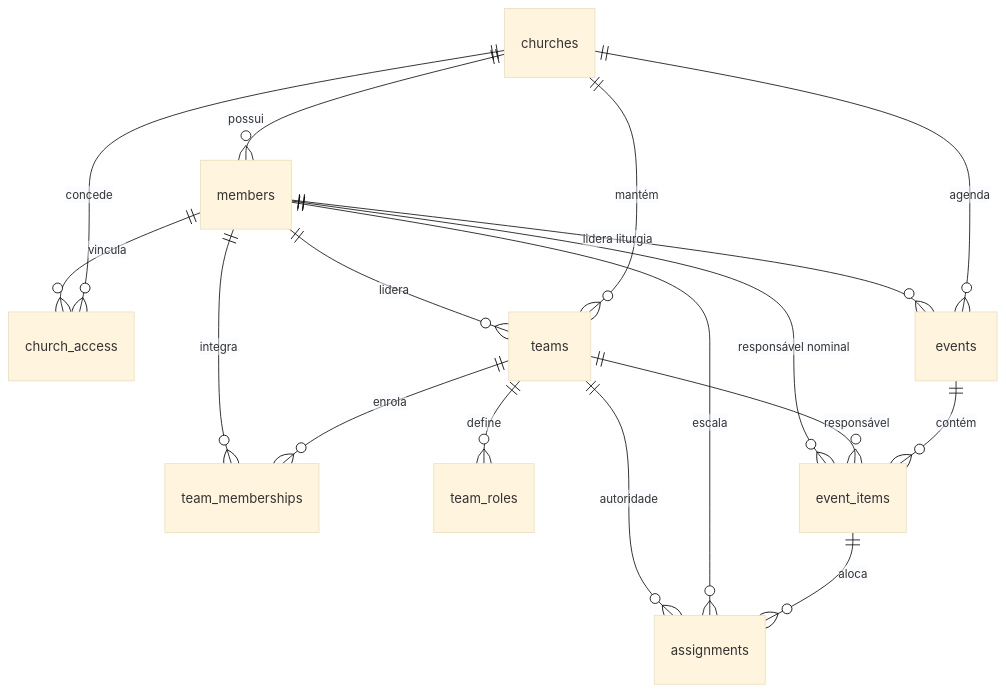
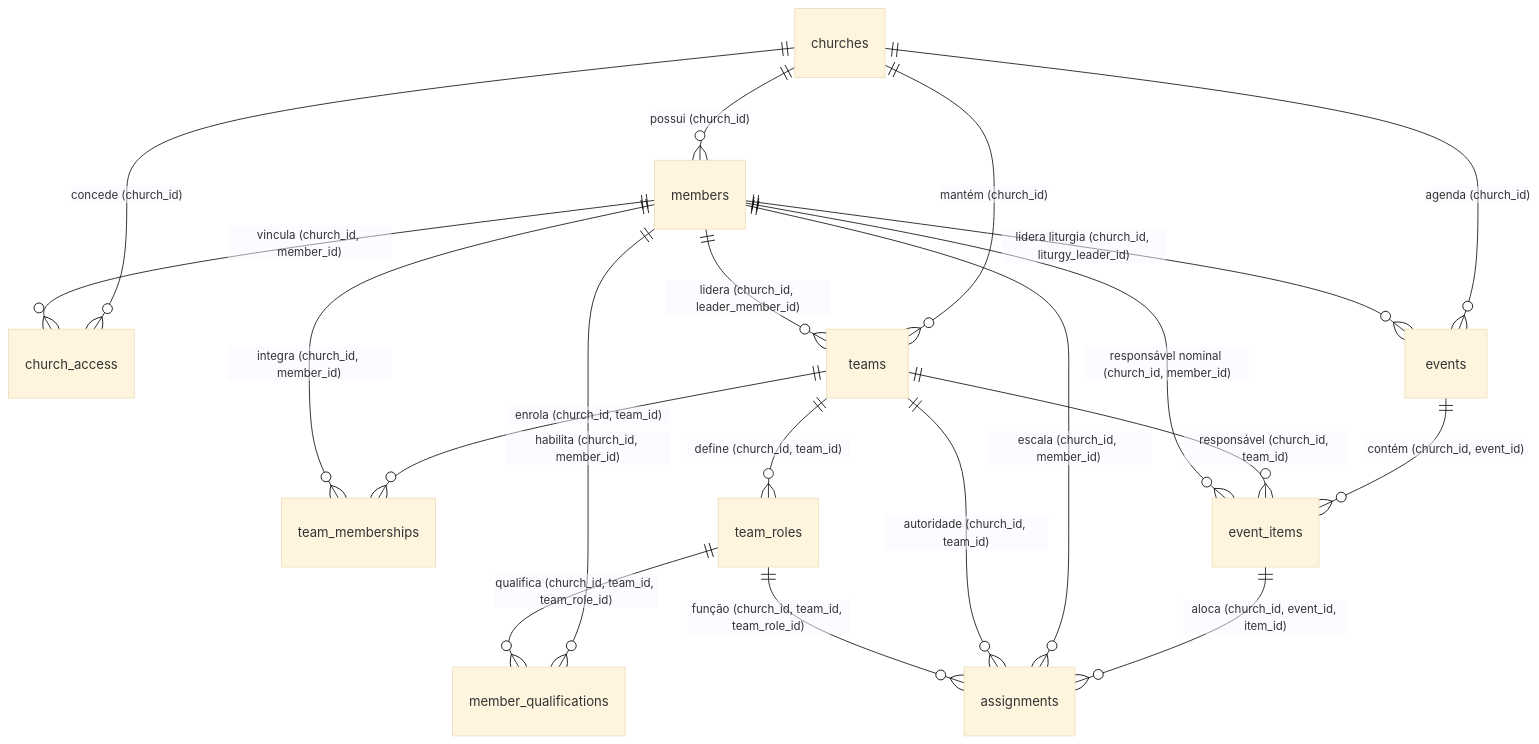
The first of 2 diagrams in docs/CONTRATO-FONTE-REAL-DEPENDENCIAS-LITURGICAS.md (dgnoleto/escala-do-reino), drawn with Mermaid (base theme) before and after one commit. The commit also changed other lines of this file and 2 other files, not shown here.

````diff
--- a/docs/CONTRATO-FONTE-REAL-DEPENDENCIAS-LITURGICAS.md
+++ b/docs/CONTRATO-FONTE-REAL-DEPENDENCIAS-LITURGICAS.md
@@ -20,19 +26,22 @@
 ```mermaid
 erDiagram
-    churches ||--o{ members : "possui"
-    churches ||--o{ church_access : "concede"
-    members ||--o{ church_access : "vincula"
-    churches ||--o{ teams : "mantém"
-    members ||--o{ teams : "lidera"
-    teams ||--o{ team_memberships : "enrola"
-    members ||--o{ team_memberships : "integra"
-    teams ||--o{ team_roles : "define"
-    churches ||--o{ events : "agenda"
-    members ||--o{ events : "lidera liturgia"
-    events ||--o{ event_items : "contém"
-    teams ||--o{ event_items : "responsável"
-    members ||--o{ event_items : "responsável nominal"
-    event_items ||--o{ assignments : "aloca"
-    members ||--o{ assignments : "escala"
-    teams ||--o{ assignments : "autoridade"
+    churches ||--o{ members : "possui (church_id)"
+    churches ||--o{ church_access : "concede (church_id)"
+    members ||--o{ church_access : "vincula (church_id, member_id)"
+    churches ||--o{ teams : "mantém (church_id)"
+    members ||--o{ teams : "lidera (church_id, leader_member_id)"
+    teams ||--o{ team_memberships : "enrola (church_id, team_id)"
+    members ||--o{ team_memberships : "integra (church_id, member_id)"
+    teams ||--o{ team_roles : "define (church_id, team_id)"
+    members ||--o{ member_qualifications : "habilita (church_id, member_id)"
+    team_roles ||--o{ member_qualifications : "qualifica (church_id, team_id, team_role_id)"
+    churches ||--o{ events : "agenda (church_id)"
+    members ||--o{ events : "lidera liturgia (church_id, liturgy_leader_id)"
+    events ||--o{ event_items : "contém (church_id, event_id)"
+    teams ||--o{ event_items : "responsável (church_id, team_id)"
+    members ||--o{ event_items : "responsável nominal (church_id, member_id)"
+    event_items ||--o{ assignments : "aloca (church_id, event_id, item_id)"
+    members ||--o{ assignments : "escala (church_id, member_id)"
+    teams ||--o{ assignments : "autoridade (church_id, team_id)"
+    team_roles ||--o{ assignments : "função (church_id, team_id, team_role_id)"
 ```
````
